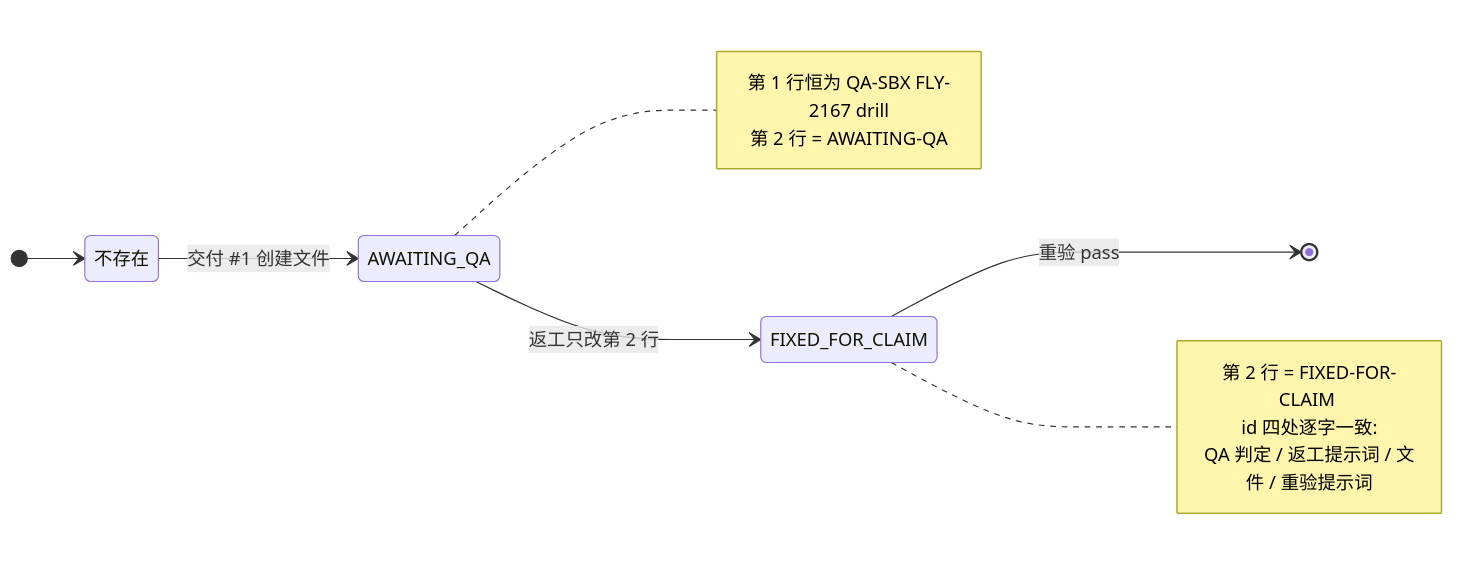
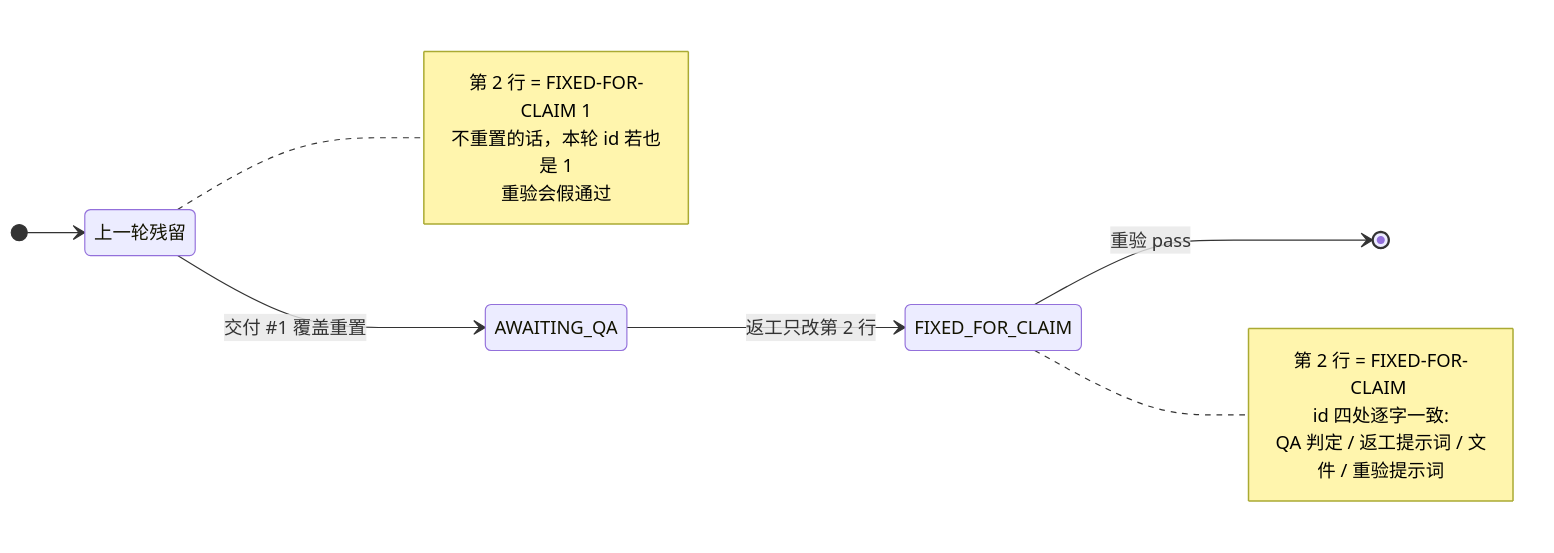
The diagram in engineering/doc/FLY-3150-real-runner-drill/d2-data-model.mmd (xrliAnnie/flywheel-qa-sandbox), drawn with Mermaid before and after one commit. The commit also changed 4 other files, not shown here.

```diff
--- a/engineering/doc/FLY-3150-real-runner-drill/d2-data-model.mmd
+++ b/engineering/doc/FLY-3150-real-runner-drill/d2-data-model.mmd
@@ -1,15 +1,16 @@
 stateDiagram-v2
     direction LR
-    [*] --> 不存在
-    不存在 --> AWAITING_QA : 交付 #1 创建文件
+    [*] --> 上一轮残留
+    上一轮残留 --> AWAITING_QA : 交付 #1 覆盖重置
     AWAITING_QA --> FIXED_FOR_CLAIM : 返工只改第 2 行
     FIXED_FOR_CLAIM --> [*] : 重验 pass
-    note right of AWAITING_QA
-        第 1 行恒为 QA-SBX FLY-2167 drill
-        第 2 行 = AWAITING-QA
+    note right of 上一轮残留
+        第 2 行 = FIXED-FOR-CLAIM 1
+        不重置的话，本轮 id 若也是 1
+        重验会假通过
     end note
     note right of FIXED_FOR_CLAIM
         第 2 行 = FIXED-FOR-CLAIM <id>
         id 四处逐字一致:
         QA 判定 / 返工提示词 / 文件 / 重验提示词
     end note
```
